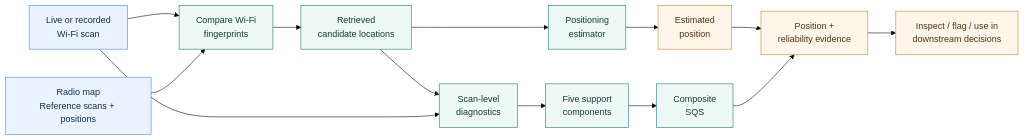
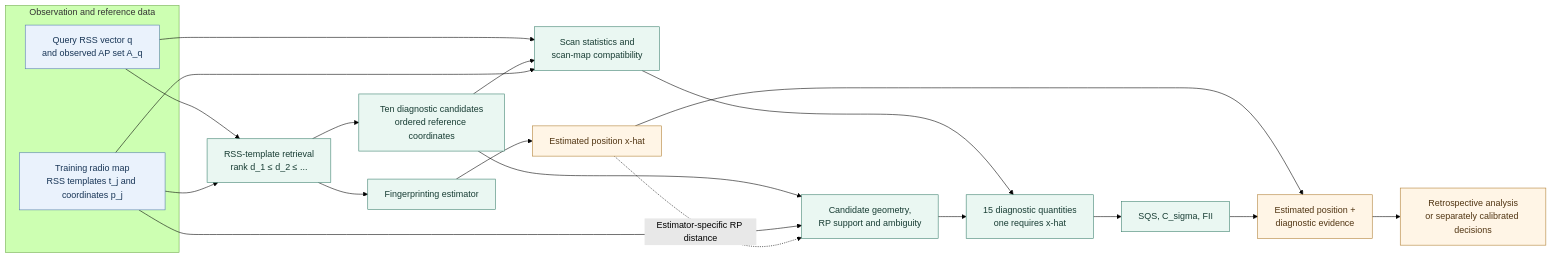
Before and after one commit to AhmedMansoour/wifi-fingerprinting-scan-level-reliability: the first of 6 diagrams in README.md, drawn with Mermaid (forest theme). The commit also changed other lines of this file and 1 other file, not shown here.

````diff
--- a/README.md
+++ b/README.md
@@ -25,21 +29,30 @@
 ```mermaid
 flowchart LR
-    A["Live or recorded<br/>Wi-Fi scan"] --> C["Compare Wi-Fi<br/>fingerprints"]
-    B["Radio map<br/>Reference scans + positions"] --> C
-    C --> D["Retrieved<br/>candidate locations"]
-    D --> E["Positioning<br/>estimator"]
-    D --> F["Scan-level<br/>diagnostics"]
-    A --> F
-    E --> G["Estimated<br/>position"]
-    F --> H["Five support<br/>components"]
-    H --> I["Composite<br/>SQS"]
-    G --> J["Position +<br/>reliability evidence"]
-    I --> J
-    J --> K["Inspect / flag / use in<br/>downstream decisions"]
-    classDef input fill:#eaf3ff,stroke:#3b82f6,color:#142d4e
-    classDef analysis fill:#eef9f6,stroke:#0f766e,color:#123b35
-    classDef output fill:#fff5e8,stroke:#c08428,color:#4b3514
-    class A,B input
-    class C,D,E,F,H,I analysis
-    class G,J,K output
+  subgraph Inputs["Observation and reference data"]
+    Q["Query RSS vector q<br/>and observed AP set A_q"]
+    M["Training radio map<br/>RSS templates t_j and coordinates p_j"]
+  end
+  Q --> R["RSS-template retrieval<br/>rank d_1 ≤ d_2 ≤ ..."]
+  M --> R
+  R --> C["Ten diagnostic candidates<br/>ordered reference coordinates"]
+  R --> E["Fingerprinting estimator"]
+  E --> X["Estimated position x-hat"]
+  Q --> D["Scan statistics and<br/>scan-map compatibility"]
+  C --> D
+  M --> D
+  C --> G["Candidate geometry,<br/>RP support and ambiguity"]
+  M --> G
+  X -. "Estimator-specific RP distance" .-> G
+  D --> S["15 diagnostic quantities<br/>one requires x-hat"]
+  G --> S
+  S --> F["SQS, C_sigma, FII"]
+  X --> O["Estimated position +<br/>diagnostic evidence"]
+  F --> O
+  O --> V["Retrospective analysis<br/>or separately calibrated decisions"]
+  classDef source fill:#eaf2fc,stroke:#557bb0,color:#173455
+  classDef method fill:#eaf7f2,stroke:#397f6c,color:#173c33
+  classDef final fill:#fff5e6,stroke:#af7d31,color:#513512
+  class Q,M source
+  class R,C,E,D,G,S,F method
+  class X,O,V final
 ```
````
